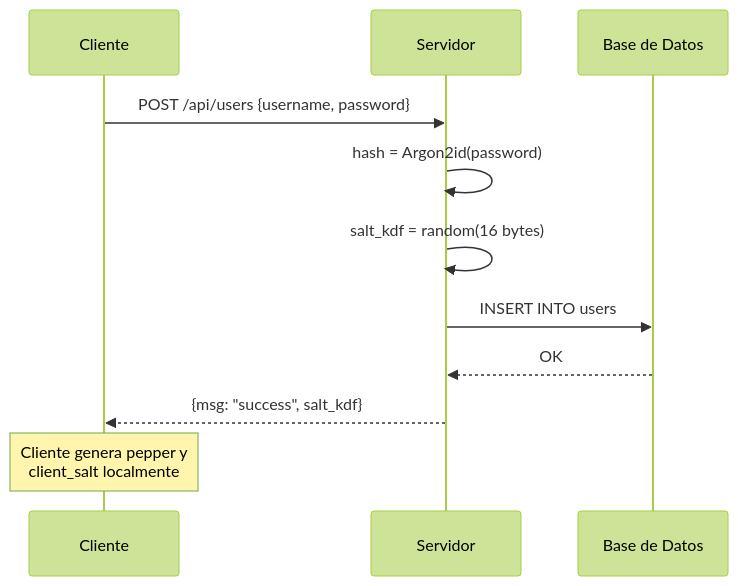
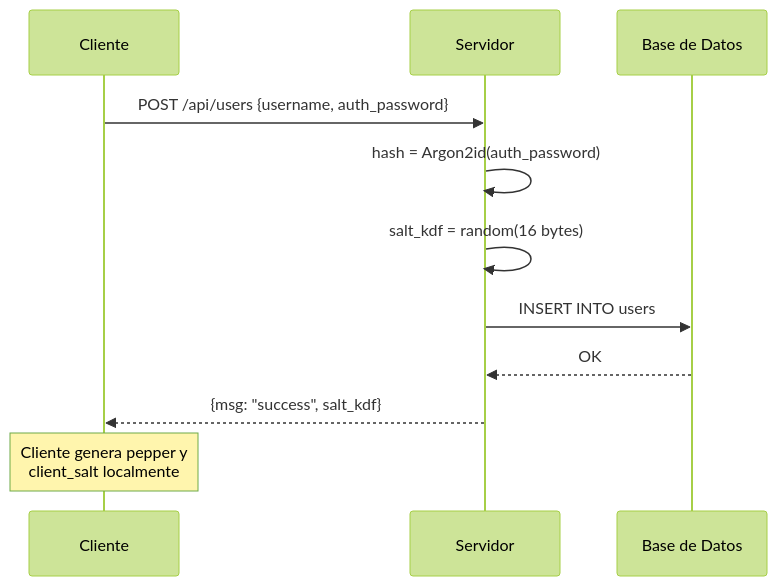
The fourth of 9 diagrams in INFORME_TECNICO.md (DavidHerencia/password_manager_crypto), drawn with Mermaid (forest theme) before and after one commit. The commit also changed other lines of this file and 1 other file, not shown here.

````diff
--- a/INFORME_TECNICO.md
+++ b/INFORME_TECNICO.md
@@ -305,15 +305,15 @@
 ```mermaid
 sequenceDiagram
     participant C as Cliente
     participant S as Servidor
     participant DB as Base de Datos
     
-    C->>S: POST /api/users {username, password}
-    S->>S: hash = Argon2id(password)
+    C->>S: POST /api/users {username, auth_password}
+    S->>S: hash = Argon2id(auth_password)
     S->>S: salt_kdf = random(16 bytes)
     S->>DB: INSERT INTO users
     DB-->>S: OK
     S-->>C: {msg: "success", salt_kdf}
     
     Note over C: Cliente genera pepper y<br/>client_salt localmente
 ```
````
